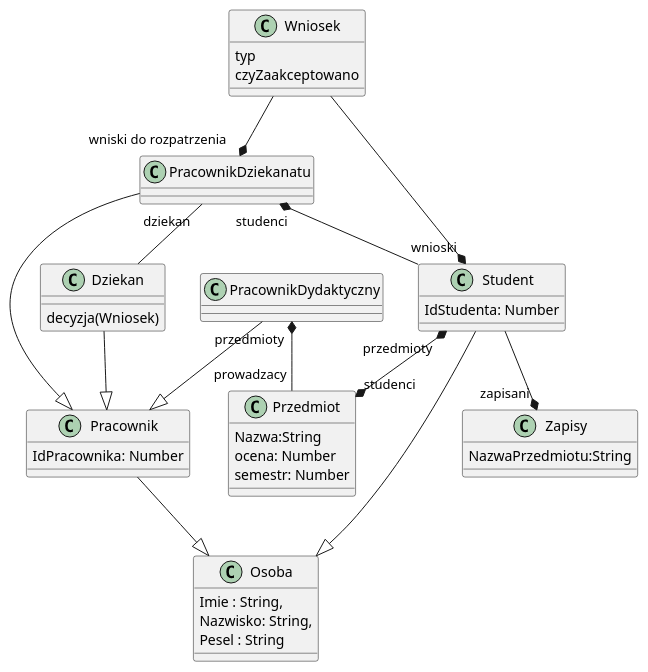
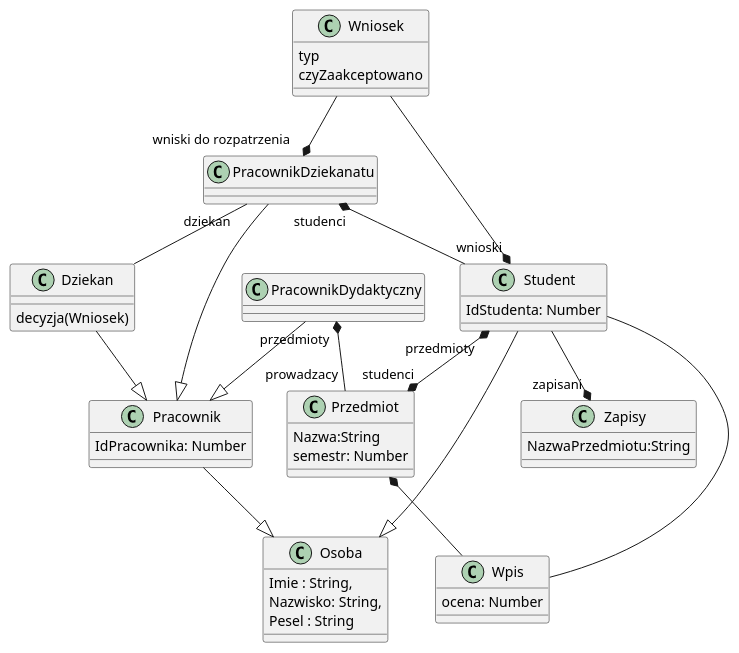
The diagram in Zaoczne/usos_class_diagram.plantuml (kpodlaski/Modelowanie_UML_2023), drawn with PlantUML before and after one commit. The commit also changed 6 other files, not shown here.

```diff
--- a/Zaoczne/usos_class_diagram.plantuml
+++ b/Zaoczne/usos_class_diagram.plantuml
@@ -1,54 +1,58 @@
 @startuml
 
 class Osoba
 {
     Imie : String, 
     Nazwisko: String,
     Pesel : String
 }
 class Pracownik{
     IdPracownika: Number
 }
 class Dziekan{
     decyzja(Wniosek)
 }
 class PracownikDydaktyczny
 class PracownikDziekanatu
 class Student{
     IdStudenta: Number
     'Pole przedmiot jest teraz reprezentowane przez kompozycję (linię na diagramie)
     'przedmioty : Przedmiot[]
 }
 
 class Przedmiot{
     Nazwa:String
     'Pole student jest teraz reprezentowane przez linię na diagramie
     'student: Student
-    ocena: Number
     'prowadzacy: PracownikDydaktyczny
     semestr: Number
+}
+
+class Wpis {
+    ocena: Number
 }
 
 class Wniosek{
     typ
     czyZaakceptowano
 }
 
 class Zapisy{
     NazwaPrzedmiotu:String
 }
 
 Pracownik --|> Osoba
 Student --|> Osoba
 Dziekan --|> Pracownik
 PracownikDydaktyczny --|> Pracownik
 PracownikDziekanatu --|> Pracownik 
 Student "przedmioty" *--* "studenci" Przedmiot 
 PracownikDydaktyczny "przedmioty" *-- "prowadzacy" Przedmiot
 PracownikDziekanatu "studenci" *-- Student
 PracownikDziekanatu "dziekan" -- Dziekan
 Wniosek --* "wnioski" Student
 Wniosek --* "wniski do rozpatrzenia" PracownikDziekanatu
 Student --* "zapisani" Zapisy
-
+Przedmiot *-- Wpis
+Student -- Wpis
 @enduml
```
